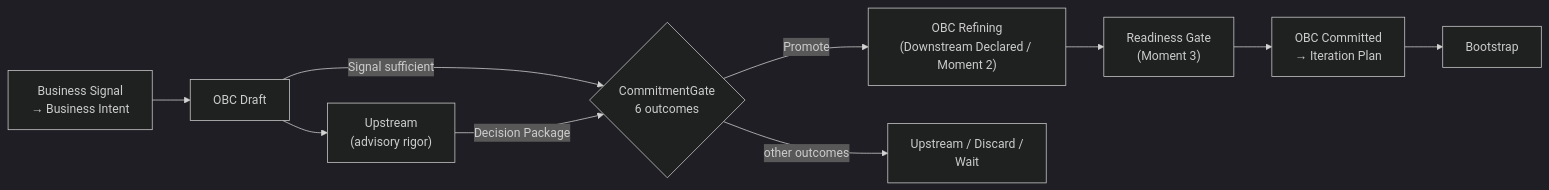
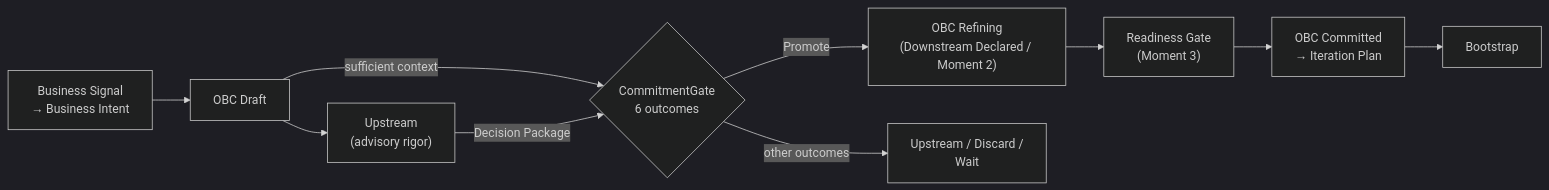
One commit to produtoreativo/from-intent-to-outcome changed the third of 3 diagrams in en/chapter-03.md. Above: the diagram before and after it, drawn with Mermaid (dark theme). The commit also changed 1 other file, not shown here.

Commit message:
fix(cap03): corrige label do diagrama Mermaid de 'Signal suficiente' para 'contexto suficiente'
O caminho direto ao CommitmentGate representa contexto de negócio já
disponível, não o Signal em si — que nesse ponto já foi transformado
em OBC Draft. Sincronizado PT/EN.

````diff
--- a/en/chapter-03.md
+++ b/en/chapter-03.md
@@ -210,12 +210,12 @@
 ```mermaid
 graph LR
     BS["Business Signal\n→ Business Intent"] --> A["OBC Draft"]
     A --> UP["Upstream\n(advisory rigor)"]
-    A -->|"Signal sufficient"| CG{"CommitmentGate\n6 outcomes"}
+    A -->|"sufficient context"| CG{"CommitmentGate\n6 outcomes"}
     UP -->|"Decision Package"| CG
     CG -->|"Promote"| C["OBC Refining\n(Downstream Declared / Moment 2)"]
     CG -->|"other outcomes"| X["Upstream / Discard /\nWait"]
     C --> D["Readiness Gate\n(Moment 3)"]
     D --> E["OBC Committed\n→ Iteration Plan"]
     E --> F["Bootstrap"]
 ```
````
